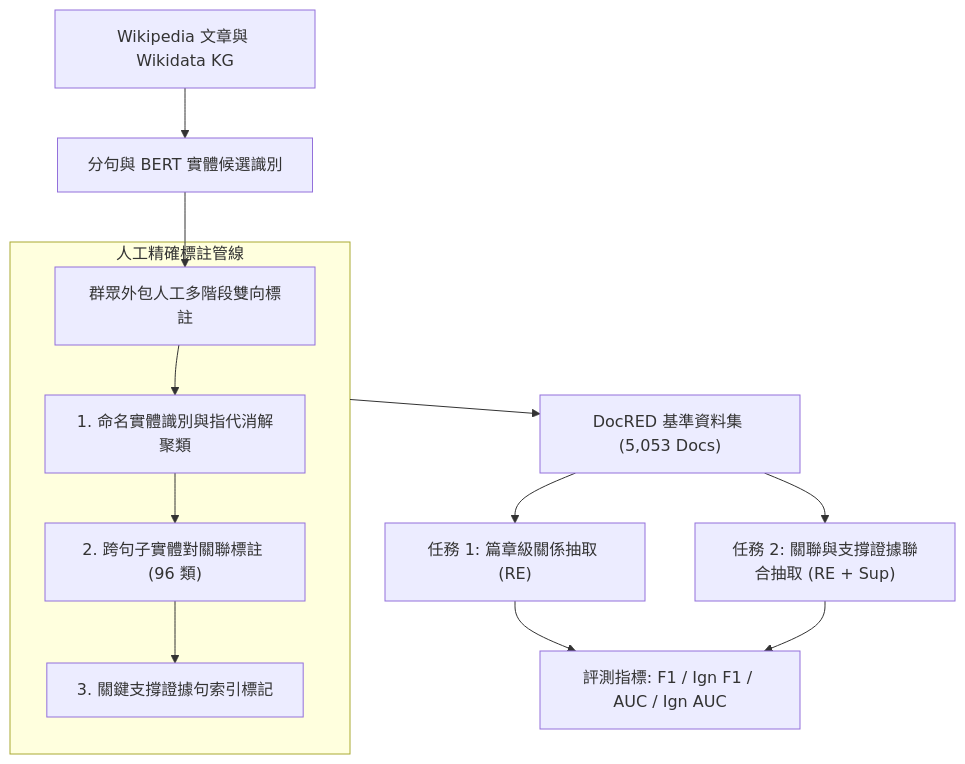
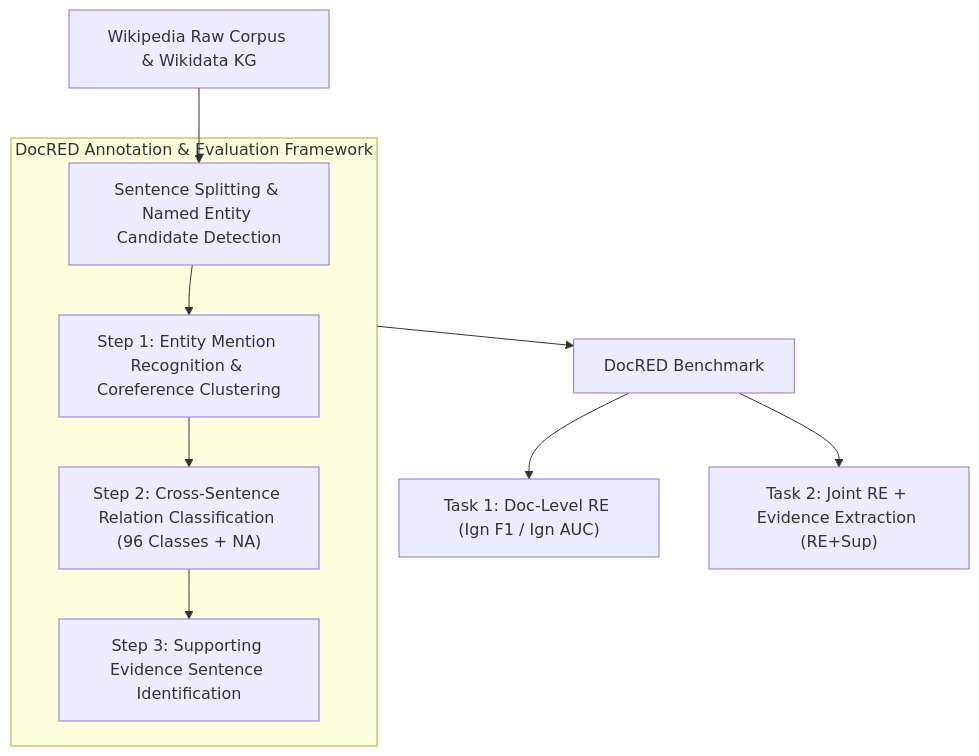
Before and after one commit to Cycl0n3-ga/RAG-survey: the diagram in 03 - 論文庫 (Literature Notes)/04 - Knowledge & Graph RAG/(ACL 2019-07) DocRED - A Large-Scale Document-Level Relation Extraction Dataset.md, drawn with Mermaid. The commit also changed other lines of this file and 12 other files, not shown here.

````diff
--- a/03 - 論文庫 (Literature Notes)/04 - Knowledge & Graph RAG/(ACL 2019-07) DocRED - A Large-Scale Document-Level Relation Extraction Dataset.md
+++ b/03 - 論文庫 (Literature Notes)/04 - Knowledge & Graph RAG/(ACL 2019-07) DocRED - A Large-Scale Document-Level Relation Extraction Dataset.md
@@ -105,19 +120,14 @@
 ```mermaid
 flowchart TD
-    RawWiki["Wikipedia 文章與 Wikidata KG"] --> Preproc["分句與 BERT 實體候選識別"]
-    Preproc --> Crowdsource["群眾外包人工多階段雙向標註"]
+    WikiCorpus["Wikipedia Raw Corpus & Wikidata KG"] --> Preproc["Sentence Splitting & Named Entity Candidate Detection"]
     
-    subgraph annotation["人工精確標註管線"]
-        Crowdsource --> EntCorefer["1. 命名實體識別與指代消解聚類"]
-        EntCorefer --> RelAnnotate["2. 跨句子實體對關聯標註 (96 類)"]
-        RelAnnotate --> EvidenceLink["3. 關鍵支撐證據句索引標記"]
+    subgraph pipeline["DocRED Annotation & Evaluation Framework"]
+        Preproc --> Step1["Step 1: Entity Mention Recognition & Coreference Clustering"]
+        Step1 --> Step2["Step 2: Cross-Sentence Relation Classification (96 Classes + NA)"]
+        Step2 --> Step3["Step 3: Supporting Evidence Sentence Identification"]
     end
     
-    annotation --> CleanDocRED["DocRED 基準資料集 (5,053 Docs)"]
-    
-    CleanDocRED --> Benchmark1["任務 1: 篇章級關係抽取 (RE)"]
-    CleanDocRED --> Benchmark2["任務 2: 關聯與支撐證據聯合抽取 (RE + Sup)"]
-    
-    Benchmark1 --> Eval["評測指標: F1 / Ign F1 / AUC / Ign AUC"]
-    Benchmark2 --> Eval
+    pipeline --> Bench["DocRED Benchmark"]
+    Bench --> TaskRE["Task 1: Doc-Level RE (Ign F1 / Ign AUC)"]
+    Bench --> TaskJoint["Task 2: Joint RE + Evidence Extraction (RE+Sup)"]
 ```
````
